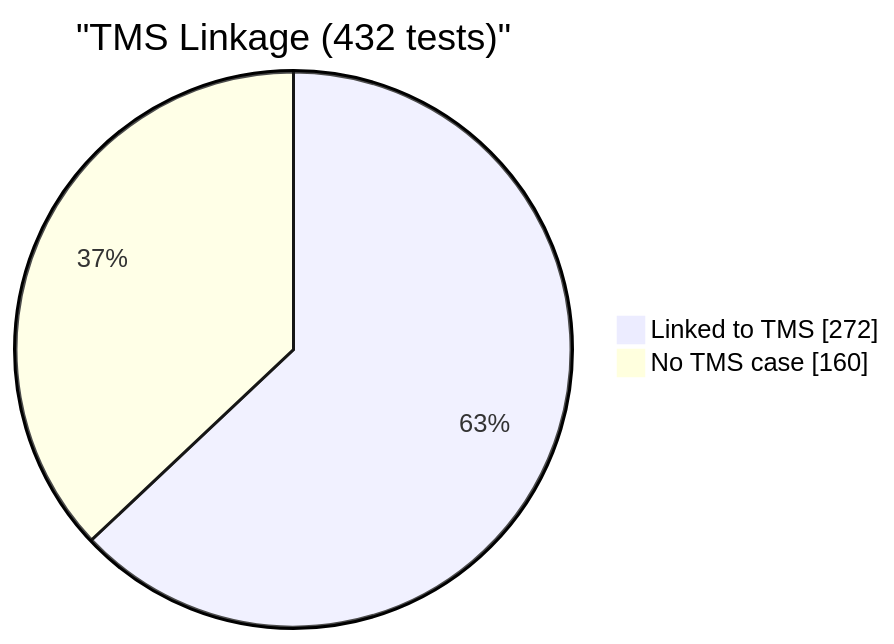
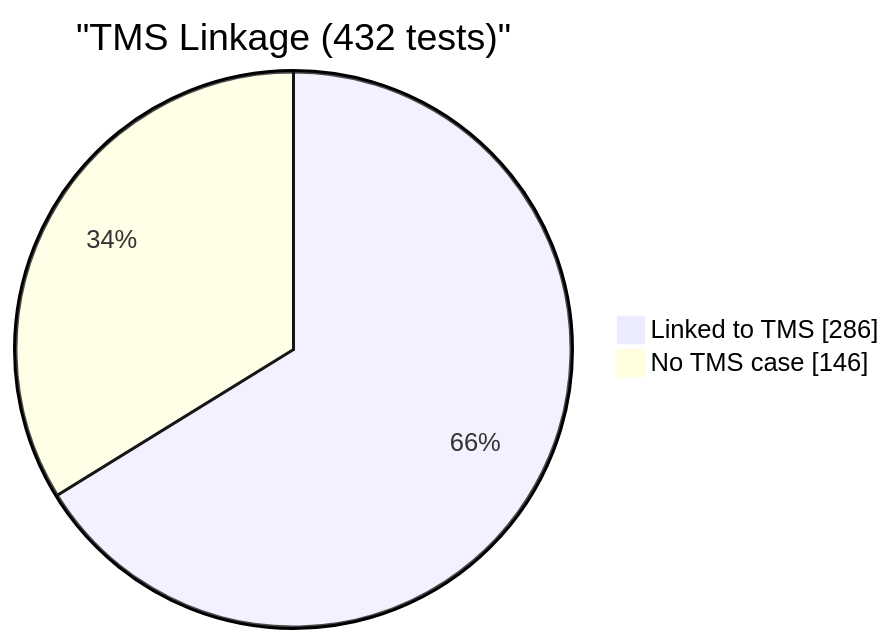
Before and after one commit to EliteaAI/onetest-ai-tm-Elitea: the fourth of 4 diagrams in reports/dashboard.md, drawn with Mermaid. The commit also changed other lines of this file and 1 other file, not shown here.

````diff
--- a/reports/dashboard.md
+++ b/reports/dashboard.md
@@ -77,6 +77,6 @@
 ```mermaid
 pie showData
     title "TMS Linkage (432 tests)"
-    "Linked to TMS" : 272
-    "No TMS case" : 160
+    "Linked to TMS" : 286
+    "No TMS case" : 146
 ```
````
